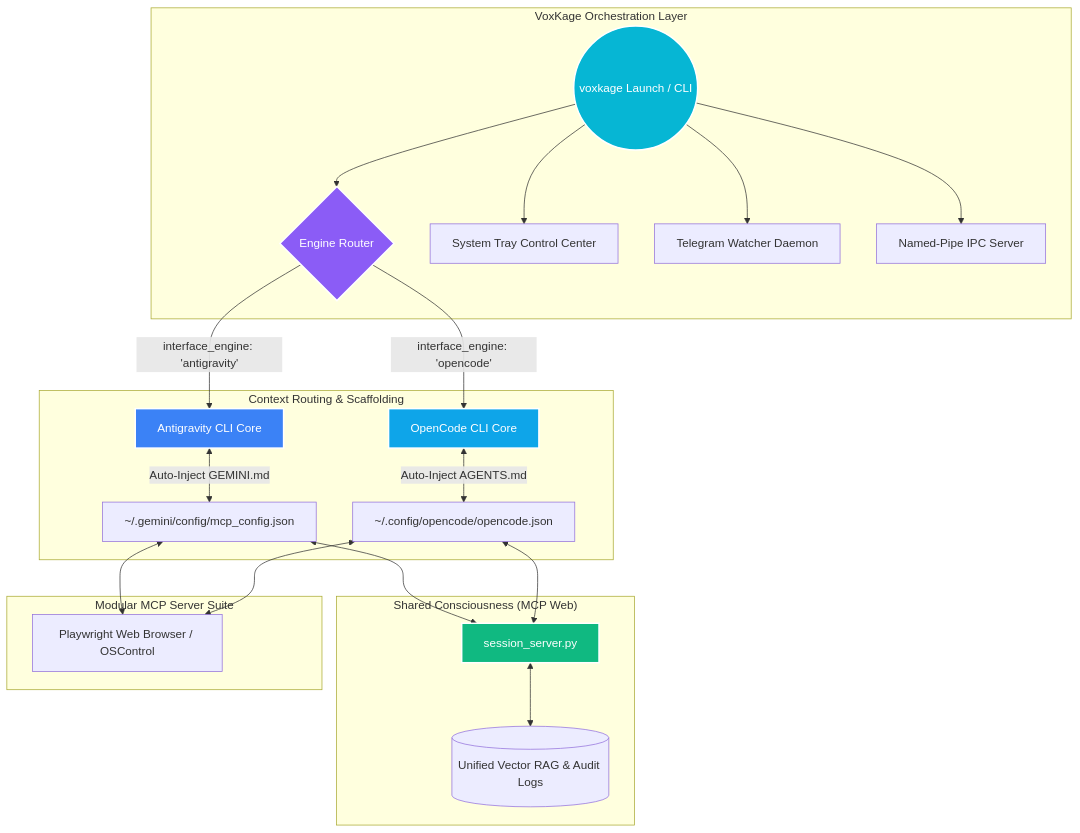
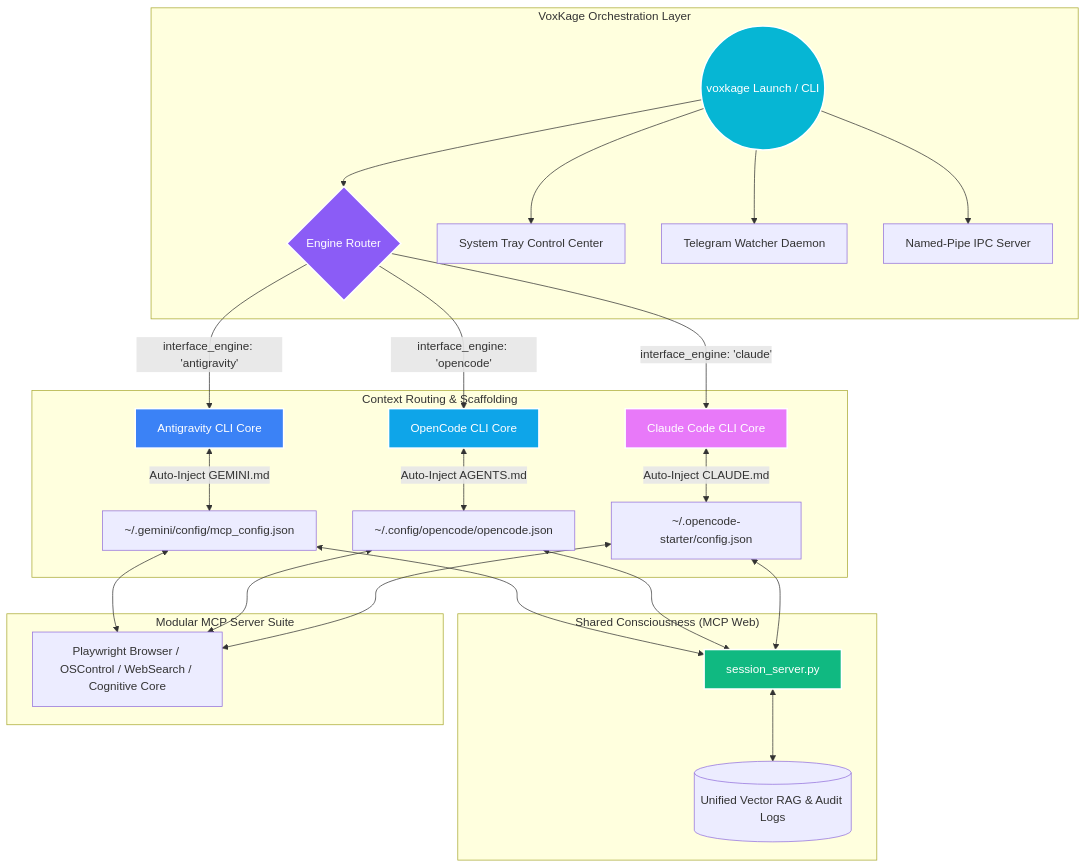
One commit to ayushdwivedi001/VoxKage changed the diagram in README.md. Above: the diagram before and after it, drawn with Mermaid. The commit also changed other lines of this file and 2 other files, not shown here.

````diff
--- a/README.md
+++ b/README.md
@@ -57,34 +58,39 @@
 ```mermaid
 graph TD
     subgraph "VoxKage Orchestration Layer"
         A((voxkage Launch / CLI)) --> B{Engine Router}
         A --> C[System Tray Control Center]
         A --> D[Telegram Watcher Daemon]
         A --> E[Named-Pipe IPC Server]
     end
 
     subgraph "Context Routing & Scaffolding"
         B --> |interface_engine: 'antigravity'| F[Antigravity CLI Core]
         B --> |interface_engine: 'opencode'| G[OpenCode CLI Core]
+        B --> |interface_engine: 'claude'| H[Claude Code CLI Core]
         
-        F <--> |Auto-Inject GEMINI.md| H[~/.gemini/config/mcp_config.json]
-        G <--> |Auto-Inject AGENTS.md| I[~/.config/opencode/opencode.json]
+        F <--> |Auto-Inject GEMINI.md| I[~/.gemini/config/mcp_config.json]
+        G <--> |Auto-Inject AGENTS.md| J[~/.config/opencode/opencode.json]
+        H <--> |Auto-Inject CLAUDE.md| K[~/.opencode-starter/config.json]
     end
 
     subgraph "Shared Consciousness (MCP Web)"
-        H <--> J[session_server.py]
-        I <--> J
-        J <--> K[(Unified Vector RAG & Audit Logs)]
+        I <--> L[session_server.py]
+        J <--> L
+        K <--> L
+        L <--> M[(Unified Vector RAG & Audit Logs)]
     end
 
     subgraph "Modular MCP Server Suite"
-        H <--> L[Playwright Web Browser / OSControl]
-        I <--> L
+        I <--> N[Playwright Browser / OSControl / WebSearch / Cognitive Core]
+        J <--> N
+        K <--> N
     end
 
     style A fill:#06b6d4,stroke:#fff,stroke-width:2px,color:#fff
     style B fill:#8b5cf6,stroke:#fff,stroke-width:2px,color:#fff
-    style J fill:#10b981,stroke:#fff,stroke-width:2px,color:#fff
+    style L fill:#10b981,stroke:#fff,stroke-width:2px,color:#fff
     style F fill:#3b82f6,stroke:#fff,stroke-width:2px,color:#fff
     style G fill:#0ea5e9,stroke:#fff,stroke-width:2px,color:#fff
+    style H fill:#e879f9,stroke:#fff,stroke-width:2px,color:#fff
 ```
````
